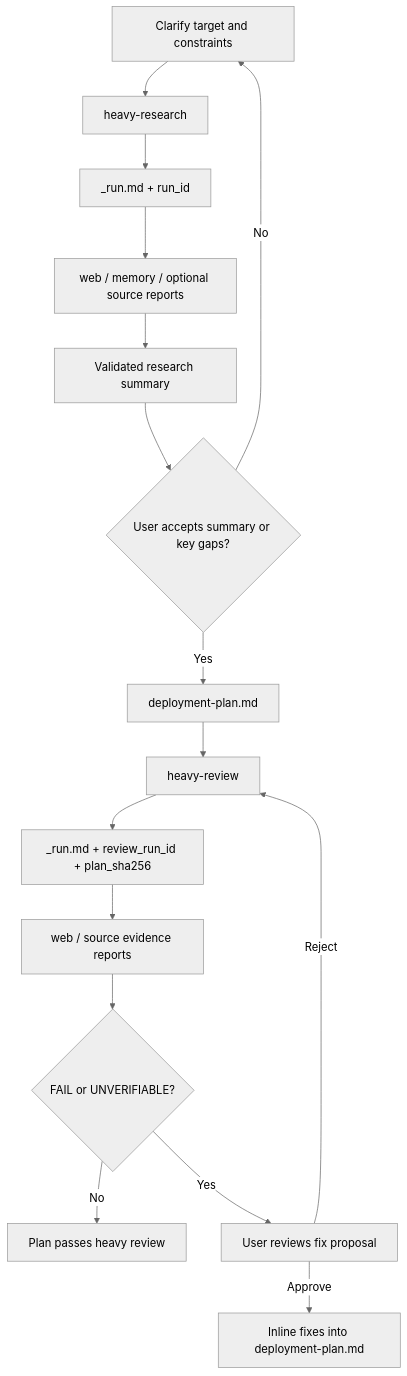
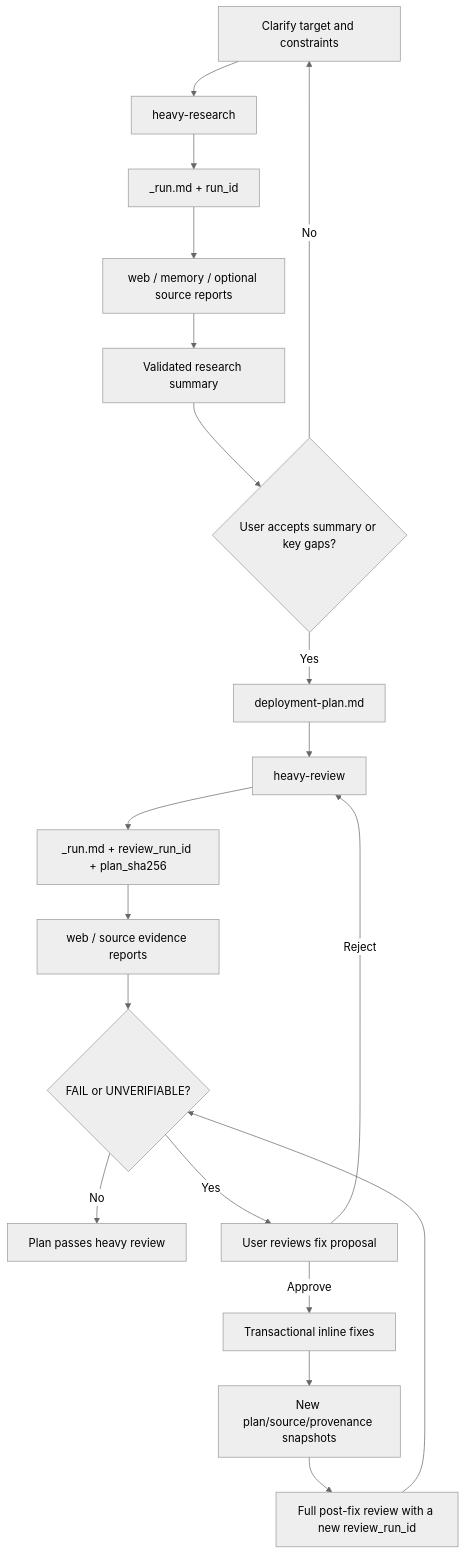
Before and after one commit to kevinlasnh/sharing-studio: the diagram in projects/agent-workflows/README.md, drawn with Mermaid (neutral theme). The commit also changed other lines of this file and 35 other files, not shown here.

````diff
--- a/projects/agent-workflows/README.md
+++ b/projects/agent-workflows/README.md
@@ -46,18 +46,21 @@
 ```mermaid
 flowchart TD
   A[Clarify target and constraints] --> B[heavy-research]
   B --> C[_run.md + run_id]
   C --> D[web / memory / optional source reports]
   D --> E[Validated research summary]
   E --> F{User accepts summary or key gaps?}
   F -->|No| A
   F -->|Yes| G[deployment-plan.md]
   G --> H[heavy-review]
   H --> I[_run.md + review_run_id + plan_sha256]
   I --> J[web / source evidence reports]
   J --> K{FAIL or UNVERIFIABLE?}
   K -->|No| L[Plan passes heavy review]
   K -->|Yes| M[User reviews fix proposal]
   M -->|Reject| H
-  M -->|Approve| N[Inline fixes into deployment-plan.md]
+  M -->|Approve| N[Transactional inline fixes]
+  N --> O[New plan/source/provenance snapshots]
+  O --> P[Full post-fix review with a new review_run_id]
+  P --> K
 ```
````
